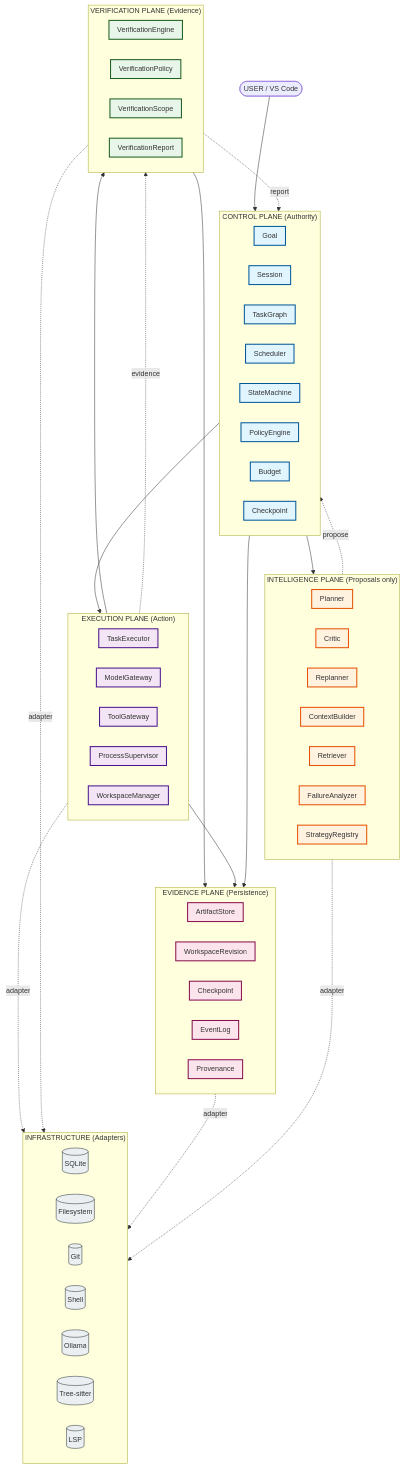
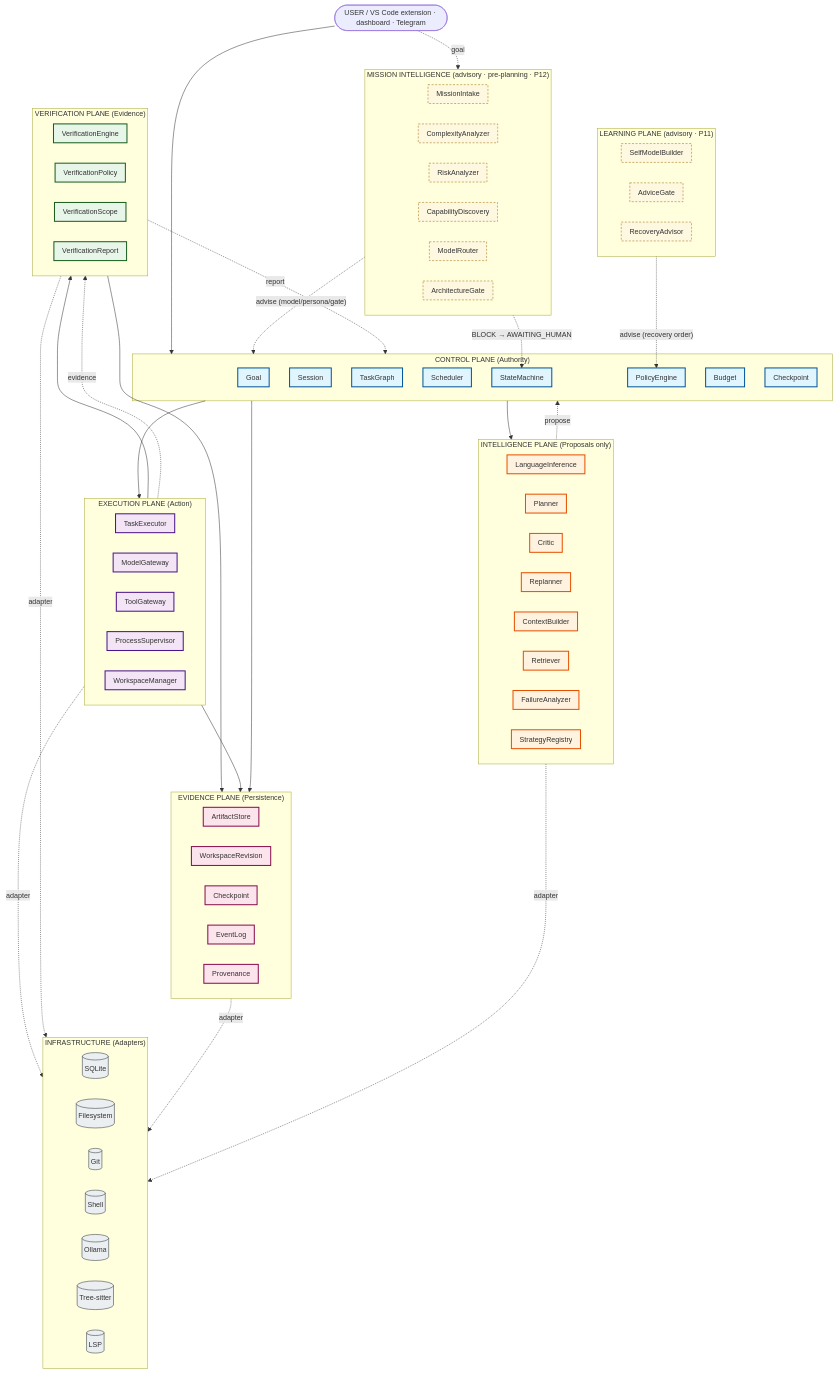
The first of 13 diagrams in ARCHITECTURE_DIAGRAMS.md (Dienvu1008/CodeForge-v2), drawn with Mermaid before and after one commit. The commit also changed other lines of this file and 6 other files, not shown here.

````diff
--- a/ARCHITECTURE_DIAGRAMS.md
+++ b/ARCHITECTURE_DIAGRAMS.md
@@ -41,7 +47,22 @@
 ```mermaid
 %%{init: {'flowchart': {'nodeSpacing': 40, 'rankSpacing': 55, 'padding': 8}, 'themeVariables': {'fontSize': '14px'}}}%%
 flowchart TB
-    User([USER / VS Code])
+    User([USER / VS Code extension · dashboard · Telegram])
+
+    subgraph MI["MISSION INTELLIGENCE (advisory · pre-planning · P12)"]
+        Intake[MissionIntake]
+        Complexity[ComplexityAnalyzer]
+        Risk[RiskAnalyzer]
+        CapDisc[CapabilityDiscovery]
+        ModelRoute[ModelRouter]
+        ArchGate[ArchitectureGate]
+    end
+
+    subgraph LE["LEARNING PLANE (advisory · P11)"]
+        SelfModel[SelfModelBuilder]
+        AdviceGate[AdviceGate]
+        RecAdvisor[RecoveryAdvisor]
+    end
 
     subgraph CP["CONTROL PLANE (Authority)"]
         Goal[Goal]
@@ -55,6 +76,7 @@
     end
 
     subgraph IP["INTELLIGENCE PLANE (Proposals only)"]
+        LangInfer[LanguageInference]
         Planner[Planner]
         Critic[Critic]
         Replanner[Replanner]
@@ -98,6 +120,10 @@
     end
 
     User --> CP
+    User -.goal.-> MI
+    MI -.advise (model/persona/gate).-> CP
+    MI -.BLOCK → AWAITING_HUMAN.-> SM
+    LE -.advise (recovery order).-> Policy
     CP --> IP
     CP --> EP
     EP --> VP
@@ -120,11 +146,13 @@
     classDef verif fill:#e8f5e9,stroke:#1b5e20,stroke-width:2px
     classDef evid fill:#fce4ec,stroke:#880e4f,stroke-width:2px
     classDef infra fill:#eceff1,stroke:#263238,stroke-width:1px
+    classDef advisory fill:#fff8e1,stroke:#9e6a00,stroke-width:1px,stroke-dasharray:4 3
 
     class Goal,Session,TG1,Sched,SM,Policy,Budget,CP2 control
-    class Planner,Critic,Replanner,CtxBuilder,Retriever,FailureAn,StrategyReg intel
+    class LangInfer,Planner,Critic,Replanner,CtxBuilder,Retriever,FailureAn,StrategyReg intel
     class TaskExec,ModelGW,ToolGW,ProcSup,WsMgr exec
     class VerEng,VerPol,VerScope,VerRep verif
     class ArtStore,WsRev,Checkpoint,EventLog,Provenance evid
     class SQLite,FS,Git,Shell,Ollama,TS,LSP infra
+    class Intake,Complexity,Risk,CapDisc,ModelRoute,ArchGate,SelfModel,AdviceGate,RecAdvisor advisory
 ```
````
